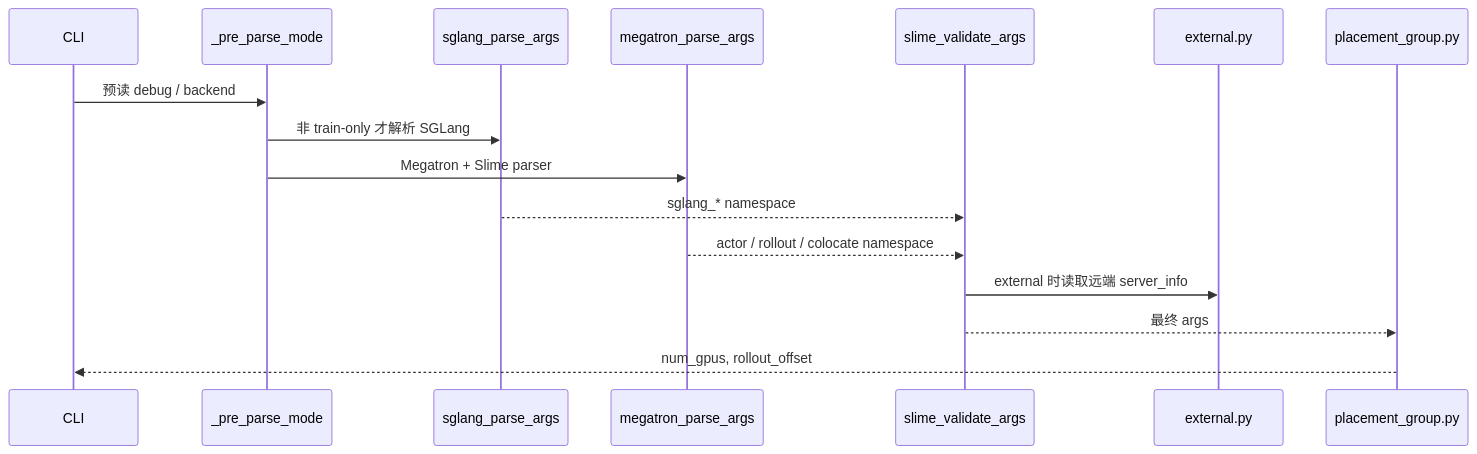
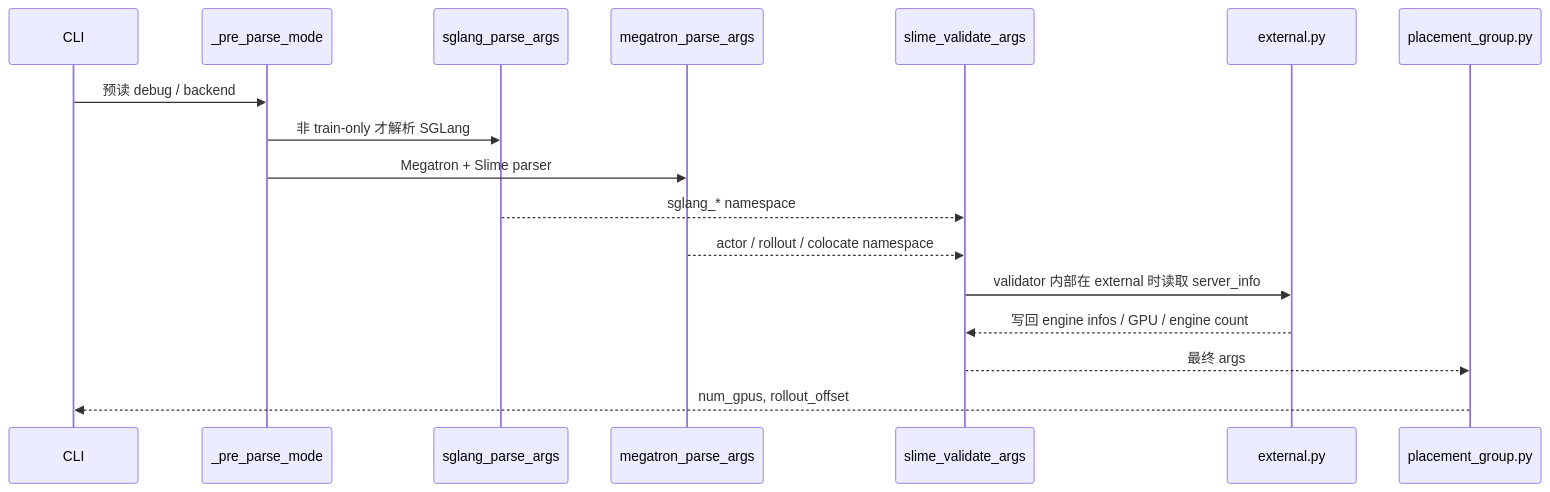
One commit to OnlyHero5/sglang-reading-vault changed the diagram in slime_reading/启动与入口/Ray参数/Slime-Ray参数-源码走读.md. Above: the diagram before and after it, drawn with Mermaid. The commit also changed other lines of this file and 512 other files, not shown here.

````diff
--- a/slime_reading/启动与入口/Ray参数/Slime-Ray参数-源码走读.md
+++ b/slime_reading/启动与入口/Ray参数/Slime-Ray参数-源码走读.md
@@ -53,19 +53,20 @@
 ```mermaid
 sequenceDiagram
     participant CLI as CLI
     participant PRE as _pre_parse_mode
     participant SG as sglang_parse_args
     participant MEG as megatron_parse_args
     participant VAL as slime_validate_args
     participant EXT as external.py
     participant PG as placement_group.py
 
     CLI->>PRE: 预读 debug / backend
     PRE->>SG: 非 train-only 才解析 SGLang
     PRE->>MEG: Megatron + Slime parser
     SG-->>VAL: sglang_* namespace
     MEG-->>VAL: actor / rollout / colocate namespace
-    VAL->>EXT: external 时读取远端 server_info
+    VAL->>EXT: validator 内部在 external 时读取 server_info
+    EXT-->>VAL: 写回 engine infos / GPU / engine count
     VAL-->>PG: 最终 args
     PG-->>CLI: num_gpus, rollout_offset
 ```
````
